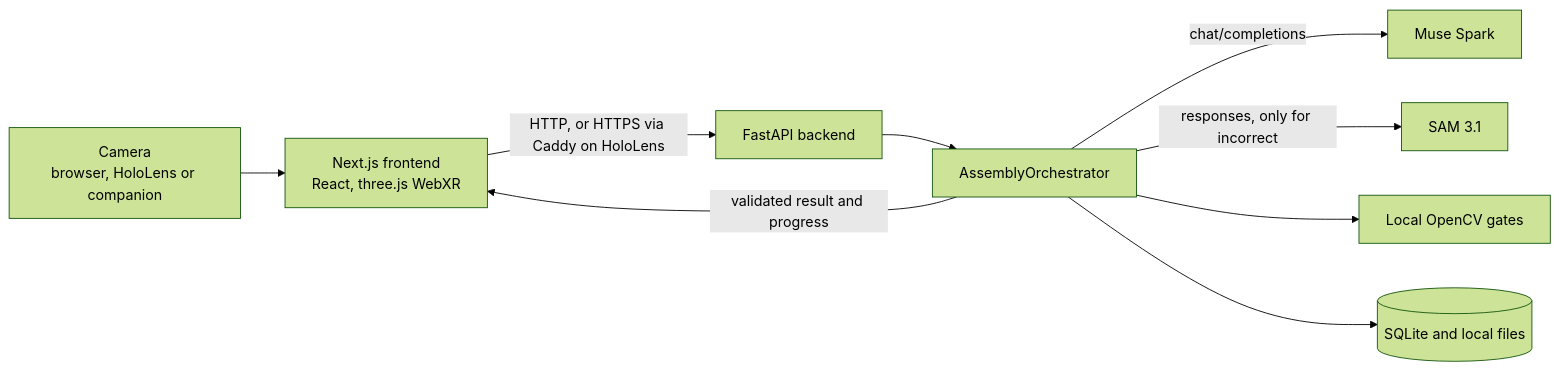
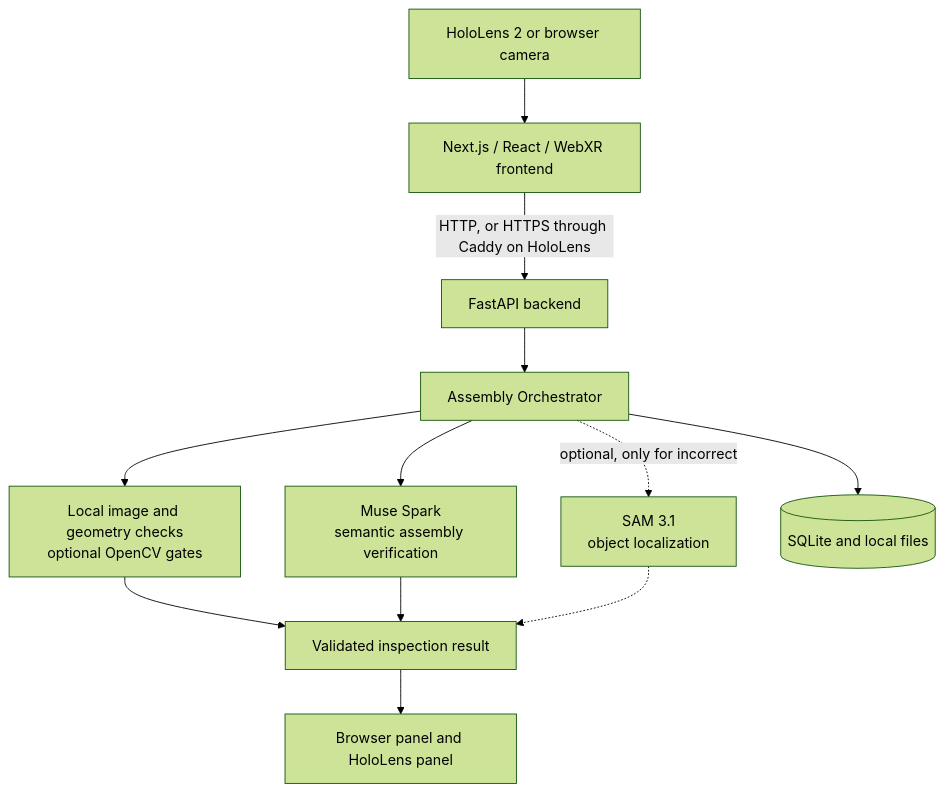
Before and after one commit to JJukic/AssemblyPilot_Meta_Hackathon: the diagram in README.md, drawn with Mermaid (forest theme). The commit also changed other lines of this file and 26 other files, not shown here.

````diff
--- a/README.md
+++ b/README.md
@@ -40,11 +61,14 @@
 ```mermaid
-flowchart LR
-    CAM["Camera<br/>browser, HoloLens or companion"] --> FE["Next.js frontend<br/>React, three.js WebXR"]
-    FE -->|"HTTP, or HTTPS via Caddy on HoloLens"| API["FastAPI backend"]
-    API --> ORCH["AssemblyOrchestrator"]
-    ORCH -->|"chat/completions"| MUSE["Muse Spark"]
-    ORCH -->|"responses, only for incorrect"| SAM["SAM 3.1"]
-    ORCH --> CV["Local OpenCV gates"]
+flowchart TD
+    CAM["HoloLens 2 or browser camera"] --> FE["Next.js / React / WebXR frontend"]
+    FE -->|"HTTP, or HTTPS through Caddy on HoloLens"| API["FastAPI backend"]
+    API --> ORCH["Assembly Orchestrator"]
+    ORCH --> LOCAL["Local image and geometry checks<br/>optional OpenCV gates"]
+    ORCH --> MUSE["Muse Spark<br/>semantic assembly verification"]
+    ORCH -.->|"optional, only for incorrect"| SAM["SAM 3.1<br/>object localization"]
     ORCH --> DB[("SQLite and local files")]
-    ORCH -->|"validated result and progress"| FE
+    LOCAL --> RESULT["Validated inspection result"]
+    MUSE --> RESULT
+    SAM -.-> RESULT
+    RESULT --> PANELS["Browser panel and HoloLens panel"]
 ```
````
